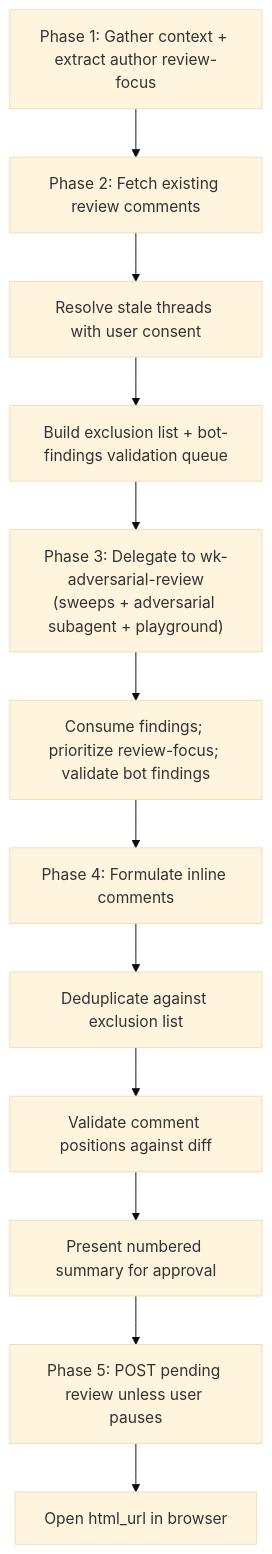
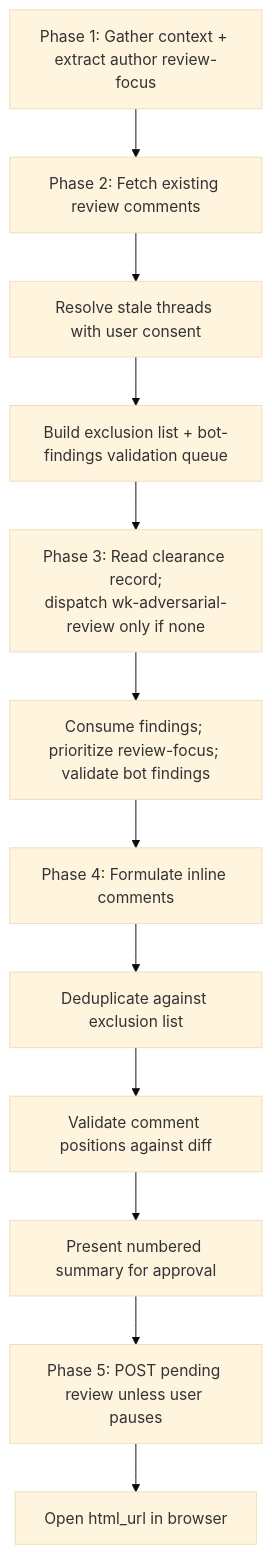
Before and after one commit to whizzzkid/skills: the diagram in skills/pr-review/README.md, drawn with Mermaid (base theme). The commit also changed other lines of this file and 18 other files, not shown here.

````diff
--- a/skills/pr-review/README.md
+++ b/skills/pr-review/README.md
@@ -18,14 +18,14 @@
 ```mermaid
 flowchart TD
     A[Phase 1: Gather context + extract author review-focus] --> B[Phase 2: Fetch existing review comments]
     B --> C[Resolve stale threads with user consent]
     C --> D[Build exclusion list + bot-findings validation queue]
-    D --> E["Phase 3: Delegate to wk-adversarial-review<br/>(sweeps + adversarial subagent + playground)"]
+    D --> E["Phase 3: Read clearance record;<br/>dispatch wk-adversarial-review only if none"]
     E --> F[Consume findings; prioritize review-focus; validate bot findings]
     F --> G[Phase 4: Formulate inline comments]
     G --> H[Deduplicate against exclusion list]
     H --> I[Validate comment positions against diff]
     I --> J[Present numbered summary for approval]
     J --> K[Phase 5: POST pending review unless user pauses]
     K --> L[Open html_url in browser]
 ```
````
